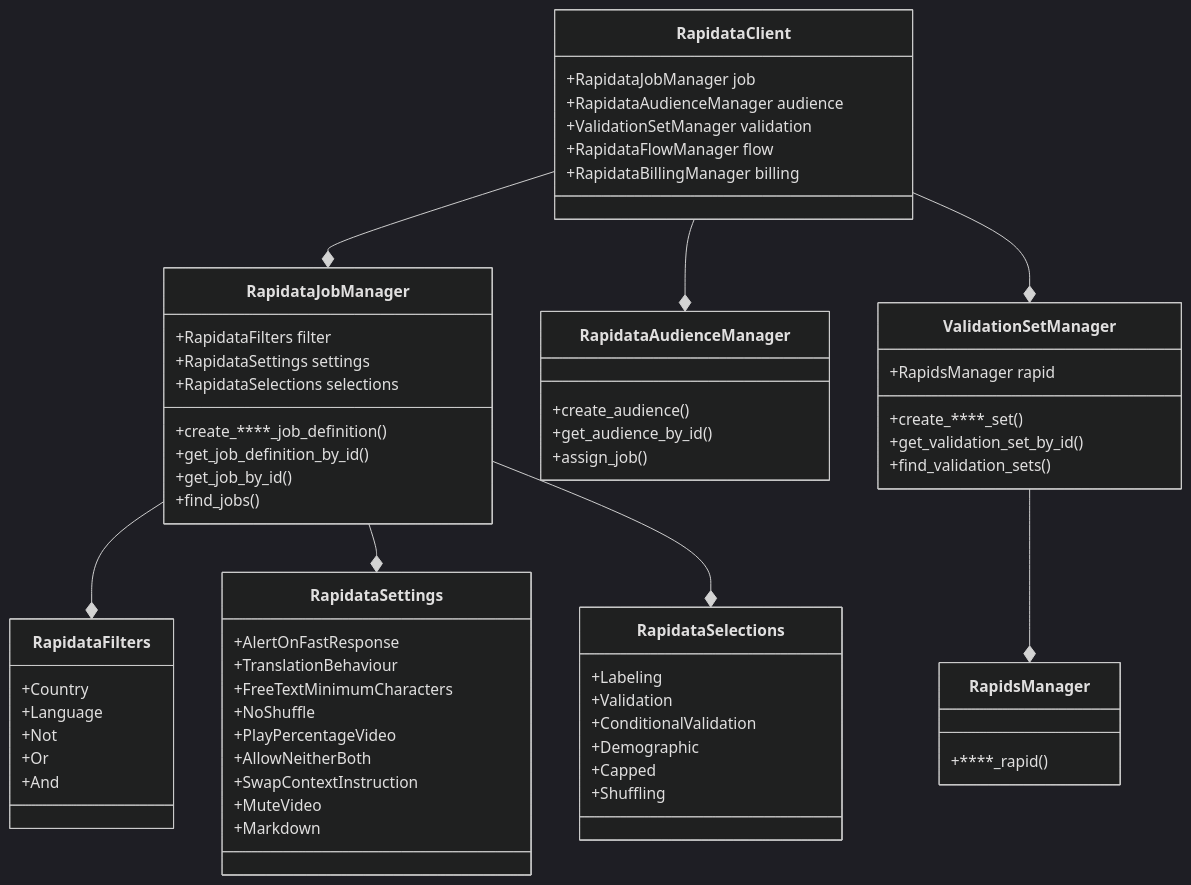
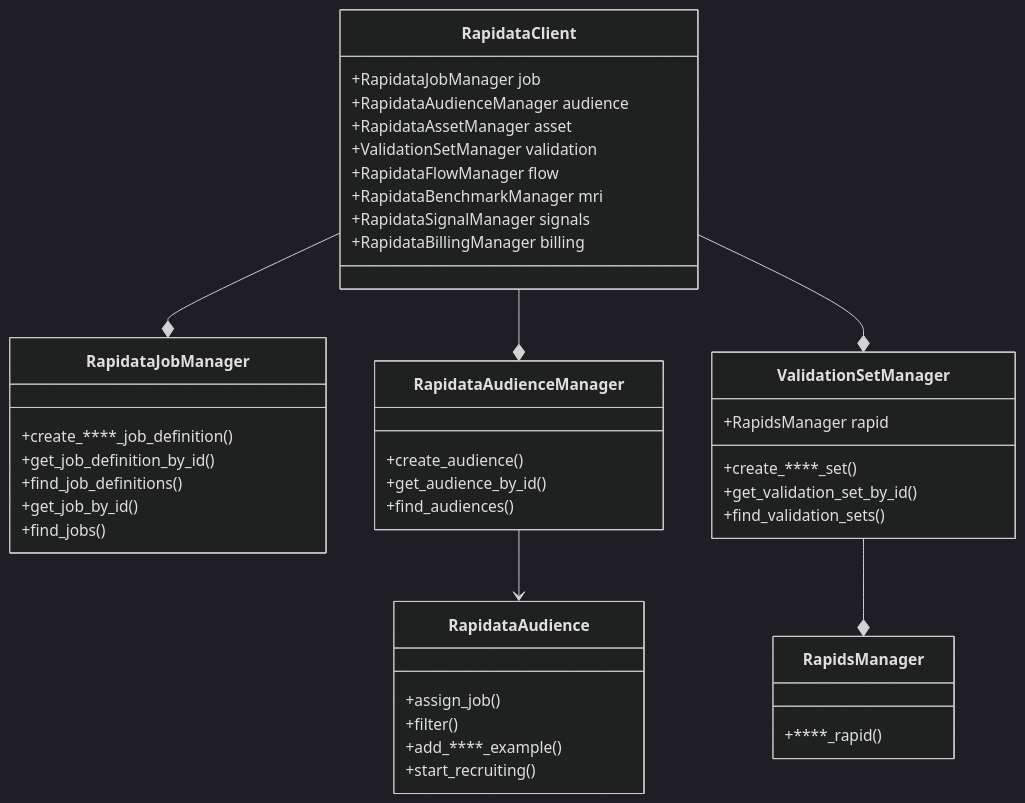
Before and after one commit to RapidataAI/rapidata-python-sdk: the diagram in docs/api.md, drawn with Mermaid (dark theme). The commit also changed other lines of this file and 1 other file, not shown here.

Commit message:
docs(api): match api overview to current sdk (#994)

````diff
--- a/docs/api.md
+++ b/docs/api.md
@@ -2,83 +2,59 @@
 ```mermaid
 classDiagram
     class RapidataClient {
         +RapidataJobManager job
         +RapidataAudienceManager audience
+        +RapidataAssetManager asset
         +ValidationSetManager validation
         +RapidataFlowManager flow
+        +RapidataBenchmarkManager mri
+        +RapidataSignalManager signals
         +RapidataBillingManager billing
     }
 
     class RapidataJobManager {
-        +RapidataFilters filter
-        +RapidataSettings settings
-        +RapidataSelections selections
         +create_****_job_definition()
         +get_job_definition_by_id()
+        +find_job_definitions()
         +get_job_by_id()
         +find_jobs()
     }
 
     class RapidataAudienceManager {
         +create_audience()
         +get_audience_by_id()
+        +find_audiences()
+    }
+
+    class RapidataAudience {
         +assign_job()
+        +filter()
+        +add_****_example()
+        +start_recruiting()
     }
 
     class ValidationSetManager {
         +RapidsManager rapid
         +create_****_set()
         +get_validation_set_by_id()
         +find_validation_sets()
     }
 
-    class RapidataFilters {
-        +Country
-        +Language
-        +Not
-        +Or
-        +And
-    }
-
-    class RapidataSettings {
-        +AlertOnFastResponse
-        +TranslationBehaviour
-        +FreeTextMinimumCharacters
-        +NoShuffle
-        +PlayPercentageVideo
-        +AllowNeitherBoth
-        +SwapContextInstruction
-        +MuteVideo
-        +Markdown
-    }
-
-    class RapidataSelections {
-        +Labeling
-        +Validation
-        +ConditionalValidation
-        +Demographic
-        +Capped
-        +Shuffling
-    }
-
     class RapidsManager {
         +****_rapid()
     }
 
     RapidataClient --* RapidataJobManager
     RapidataClient --* RapidataAudienceManager
     RapidataClient --* ValidationSetManager
-    RapidataJobManager --* RapidataFilters
-    RapidataJobManager --* RapidataSettings
-    RapidataJobManager --* RapidataSelections
+    RapidataAudienceManager --> RapidataAudience
     ValidationSetManager --* RapidsManager
 
     link RapidataClient "../reference/rapidata/rapidata_client/rapidata_client/" ""
     link RapidataJobManager "../reference/rapidata/rapidata_client/job/rapidata_job_manager/" ""
+    link RapidataAudienceManager "../reference/rapidata/rapidata_client/audience/rapidata_audience_manager/" ""
+    link RapidataAudience "../reference/rapidata/rapidata_client/audience/rapidata_audience/" ""
     link ValidationSetManager "../reference/rapidata/rapidata_client/validation/validation_set_manager/" ""
-    link RapidataFilters "../reference/rapidata/rapidata_client/filter/rapidata_filters/" ""
-    link RapidataSettings "../reference/rapidata/rapidata_client/settings/rapidata_settings/" ""
-    link RapidataSelections "../reference/rapidata/rapidata_client/selection/rapidata_selections/" ""
     link RapidsManager "../reference/rapidata/rapidata_client/validation/rapids/rapids_manager/" ""
 
 ```
````
